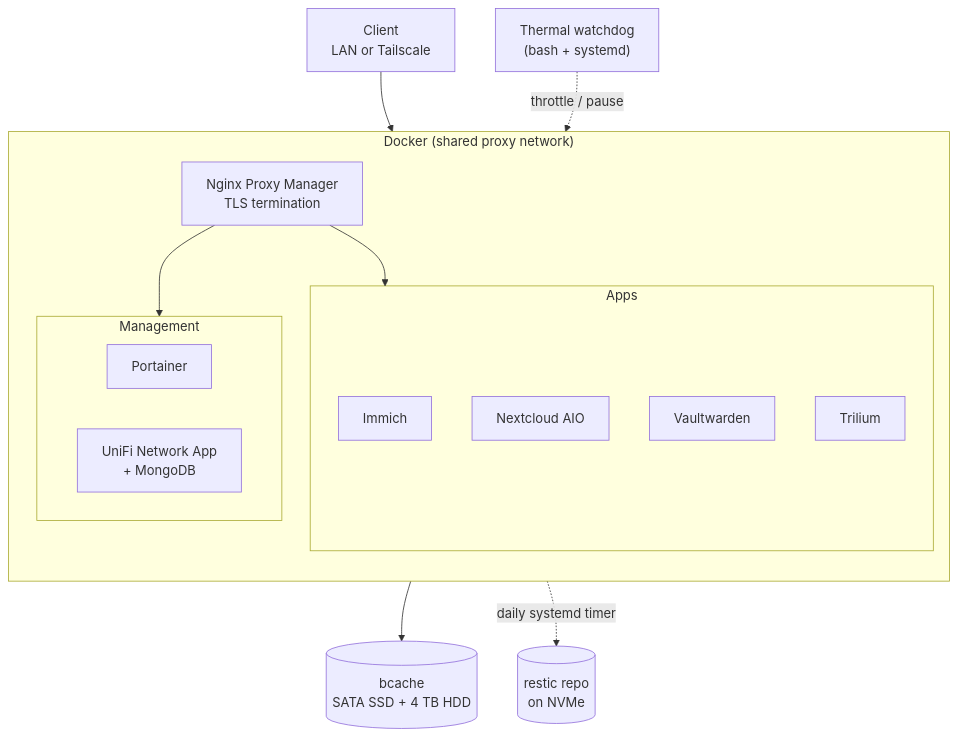
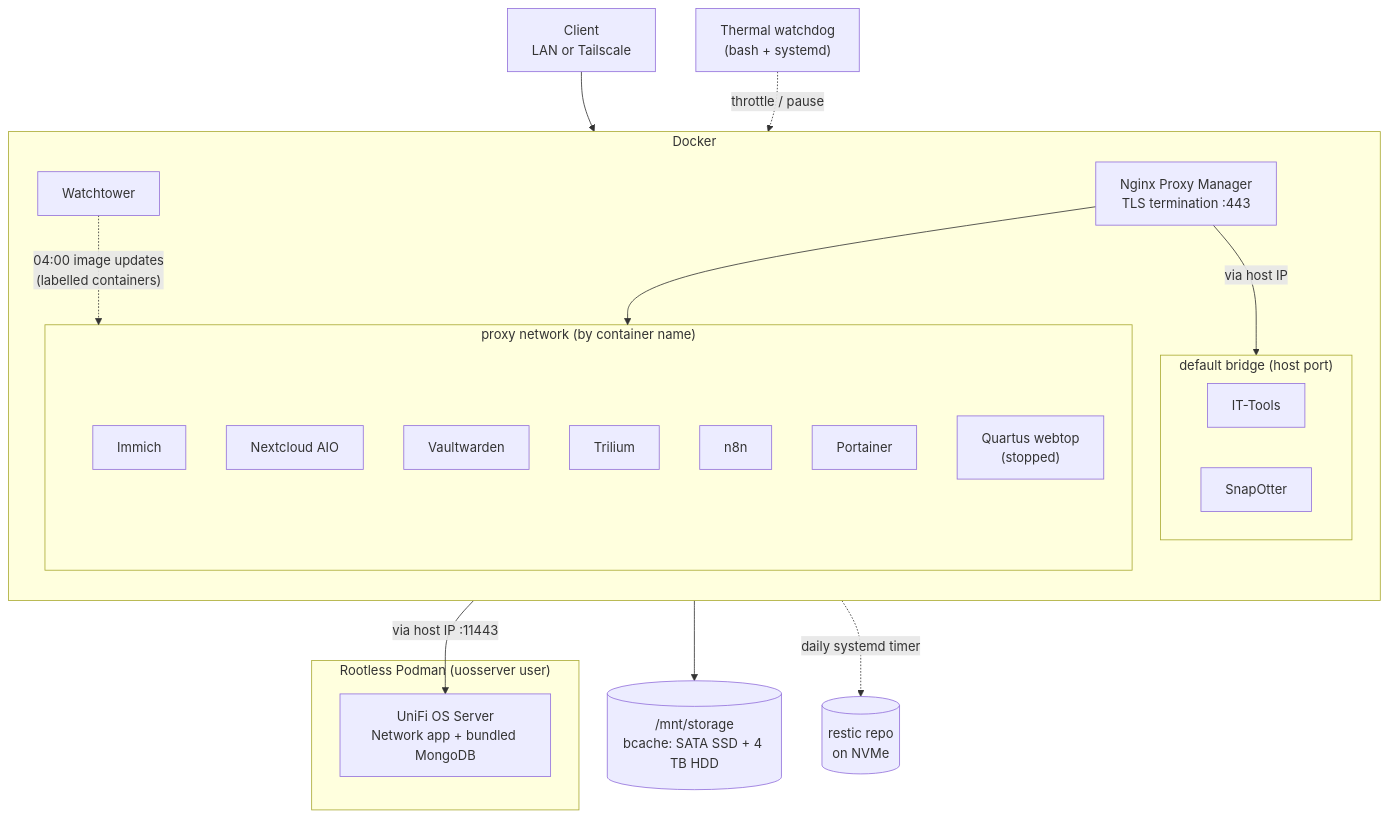
Before and after one commit to schultzn6619/homelab-documentation: the second of 2 diagrams in README.md, drawn with Mermaid. The commit also changed other lines of this file and 30 other files, not shown here.

````diff
--- a/README.md
+++ b/README.md
@@ -46,26 +55,36 @@
 ```mermaid
 flowchart TB
-    Client[Client<br/>LAN or Tailscale] --> NPM["Nginx Proxy Manager<br/>TLS termination"]
+    Client[Client<br/>LAN or Tailscale] --> NPM["Nginx Proxy Manager<br/>TLS termination :443"]
 
-    subgraph Docker["Docker (shared proxy network)"]
+    subgraph Docker["Docker"]
         direction TB
         NPM
-        subgraph Apps
+        subgraph Proxy["proxy network (by container name)"]
             Immich
             Nextcloud[Nextcloud AIO]
             Vaultwarden
             Trilium
+            n8n
+            Portainer
+            Quartus["Quartus webtop<br/>(stopped)"]
         end
-        subgraph Admin[Management]
-            Portainer
-            UniFi["UniFi Network App<br/>+ MongoDB"]
+        subgraph Bridge["default bridge (host port)"]
+            ITTools[IT-Tools]
+            SnapOtter
         end
-        NPM --> Apps
-        NPM --> Admin
+        Watchtower -. "04:00 image updates<br/>(labelled containers)" .-> Proxy
     end
 
-    Docker --> Storage[("bcache<br/>SATA SSD + 4 TB HDD")]
-    Docker -. "daily systemd timer" .-> Backups[("restic repo<br/>on NVMe")]
+    subgraph Podman["Rootless Podman (uosserver user)"]
+        UOS["UniFi OS Server<br/>Network app + bundled MongoDB"]
+    end
+
+    NPM --> Proxy
+    NPM -- "via host IP" --> Bridge
+    NPM -- "via host IP :11443" --> UOS
+
+    Proxy --> Storage[("/mnt/storage<br/>bcache: SATA SSD + 4 TB HDD")]
+    Proxy -. "daily systemd timer" .-> Backups[("restic repo<br/>on NVMe")]
 
     Watchdog["Thermal watchdog<br/>(bash + systemd)"] -. "throttle / pause" .-> Immich
 ```
````
